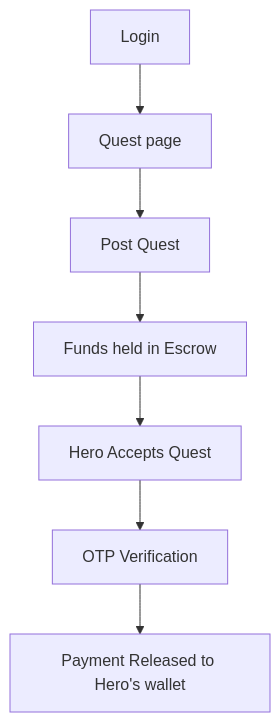
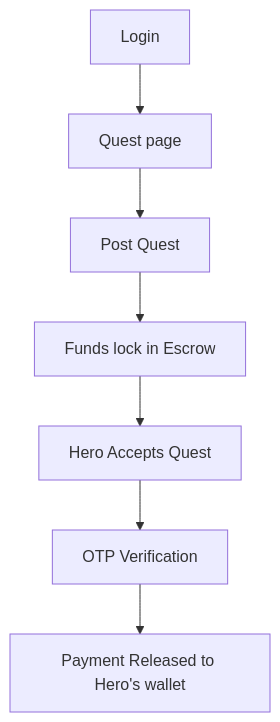
One commit to arupdhara/arup-demo changed the first of 6 diagrams in TECHNICAL_ARCHITECTURE.md. Above: the diagram before and after it, drawn with Mermaid.

````diff
--- a/TECHNICAL_ARCHITECTURE.md
+++ b/TECHNICAL_ARCHITECTURE.md
@@ -4,9 +4,9 @@
 ```mermaid
 graph TD
     Login[Login] --> Home[Quest page]
     Home --> Post[Post Quest]
-    Post --> Escrow[Funds held in Escrow]
+    Post --> Escrow[Funds lock in Escrow]
     Escrow --> Hero[Hero Accepts Quest]
     Hero --> OTP[OTP Verification]
     OTP --> Release[Payment Released to Hero's wallet]
 ```
````
